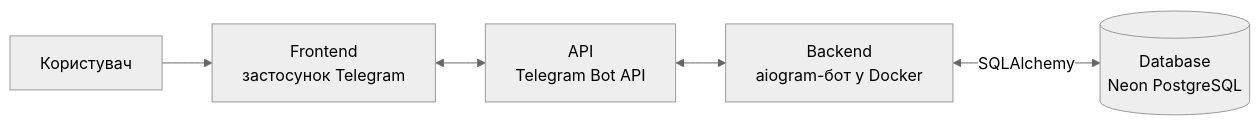
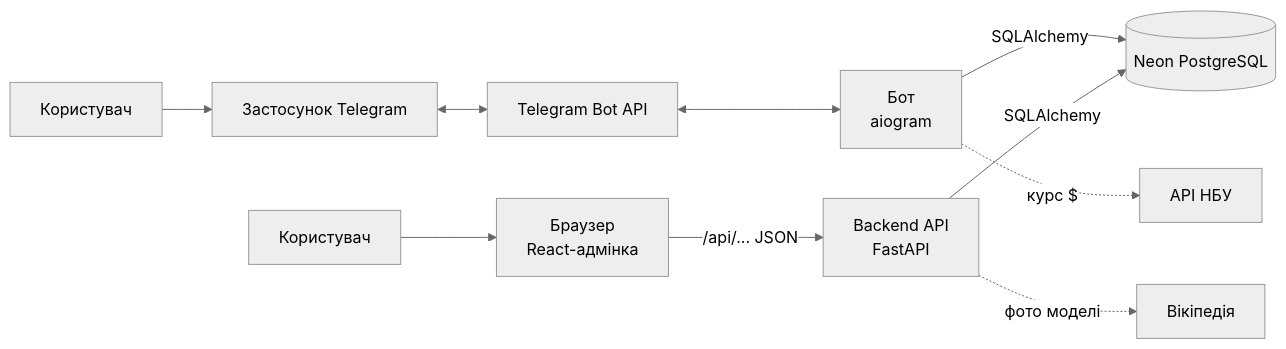
The first of 5 diagrams in docs/architecture.md (AleksN-code/VIB-coding), drawn with Mermaid (neutral theme) before and after one commit. The commit also changed other lines of this file and 5 other files, not shown here.

````diff
--- a/docs/architecture.md
+++ b/docs/architecture.md
@@ -30,7 +35,13 @@
 ```mermaid
 flowchart LR
-    U[Користувач] --> TG[Frontend<br/>застосунок Telegram]
-    TG <--> API[API<br/>Telegram Bot API]
-    API <--> BE[Backend<br/>aiogram-бот у Docker]
-    BE <-->|SQLAlchemy| DB[(Database<br/>Neon PostgreSQL)]
+    U1[Користувач] --> TG[Застосунок Telegram]
+    TG <--> TAPI[Telegram Bot API]
+    TAPI <--> BOT[Бот<br/>aiogram]
+    BOT -->|SQLAlchemy| DB[(Neon PostgreSQL)]
+    BOT -.->|курс $| NBU[API НБУ]
+
+    U2[Користувач] --> BR[Браузер<br/>React-адмінка]
+    BR -->|/api/... JSON| API[Backend API<br/>FastAPI]
+    API -->|SQLAlchemy| DB
+    API -.->|фото моделі| WIKI[Вікіпедія]
 ```
````
